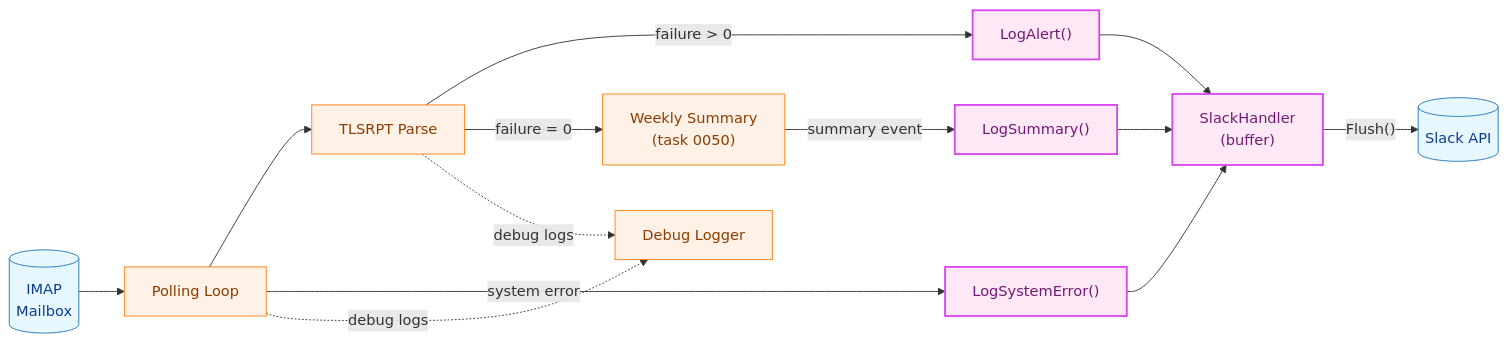
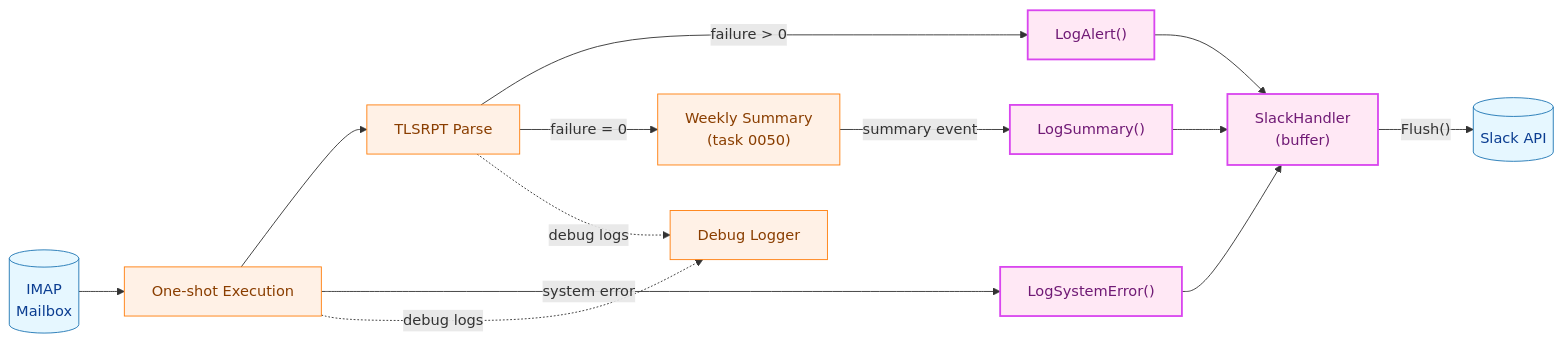
One commit to isseis/tlsrpt-digest changed the first of 11 diagrams in docs/tasks/0030_slack_notify/02_architecture.md. Above: the diagram before and after it, drawn with Mermaid. The commit also changed other lines of this file, not shown here.

First line of the commit message:
docs(0030): replace polling terminology with one-shot execution model

````diff
--- a/docs/tasks/0030_slack_notify/02_architecture.md
+++ b/docs/tasks/0030_slack_notify/02_architecture.md
@@ -30,23 +30,23 @@
 ```mermaid
 flowchart LR
     classDef data fill:#e6f7ff,stroke:#1f77b4,stroke-width:1px,color:#0b3d91;
     classDef process fill:#fff1e6,stroke:#ff7f0e,stroke-width:1px,color:#8a3e00;
     classDef newpkg fill:#ffe8f5,stroke:#d946ef,stroke-width:2px,color:#701a75;
 
-    IMAP[("IMAP<br>Mailbox")] --> Fetch["Polling Loop"]
+    IMAP[("IMAP<br>Mailbox")] --> Fetch["One-shot Execution"]
     Fetch --> Parse["TLSRPT Parse"]
     Parse -->|"failure > 0"| Alert["LogAlert()"]
     Parse -->|"failure = 0"| SummarySrc["Weekly Summary<br>(task 0050)"]
     Fetch -->|"system error"| SysErr["LogSystemError()"]
     SummarySrc -->|"summary event"| Summary["LogSummary()"]
     Alert --> Notifier["SlackHandler<br>(buffer)"]
     SysErr --> Notifier
     Summary --> Notifier
     Notifier -->|"Flush()"| SlackAPI[("Slack API")]
     Parse -.->|"debug logs"| DebugLog["Debug Logger"]
     Fetch -.->|"debug logs"| DebugLog
 
     class IMAP,SlackAPI data
     class Fetch,Parse,SummarySrc,DebugLog process
     class Alert,SysErr,Summary,Notifier newpkg
 ```
````
